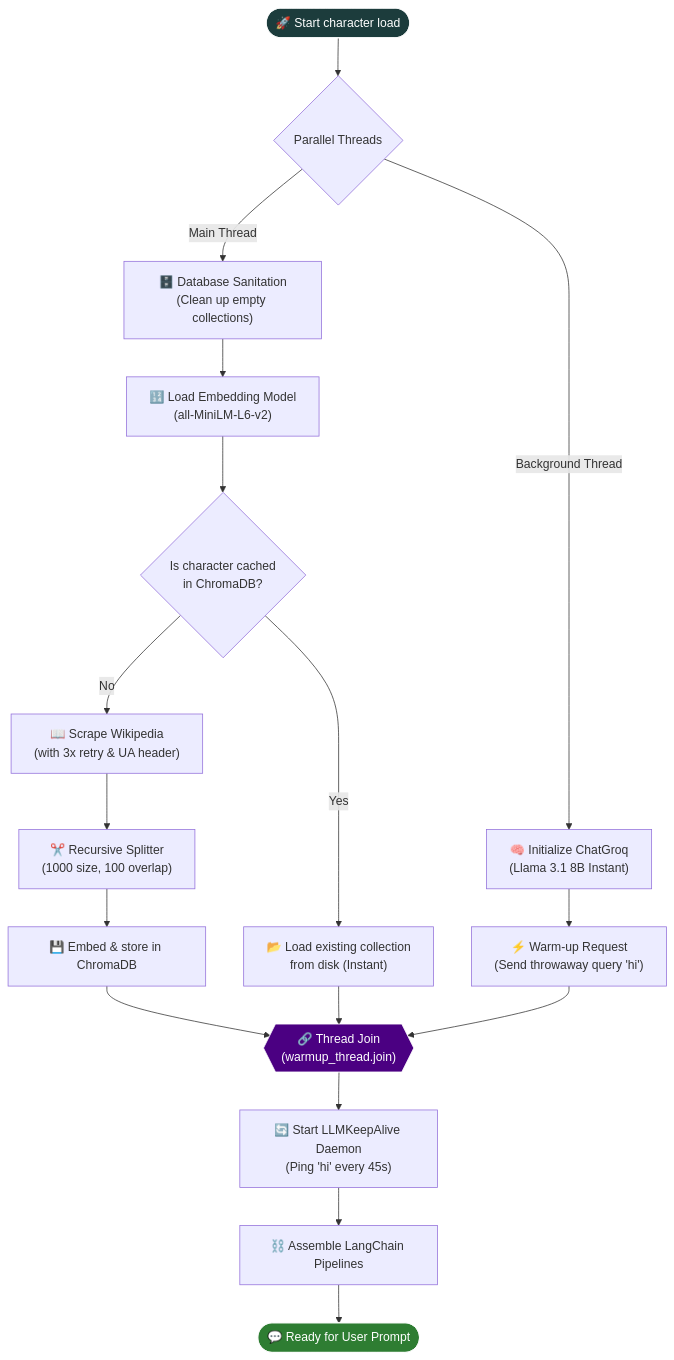
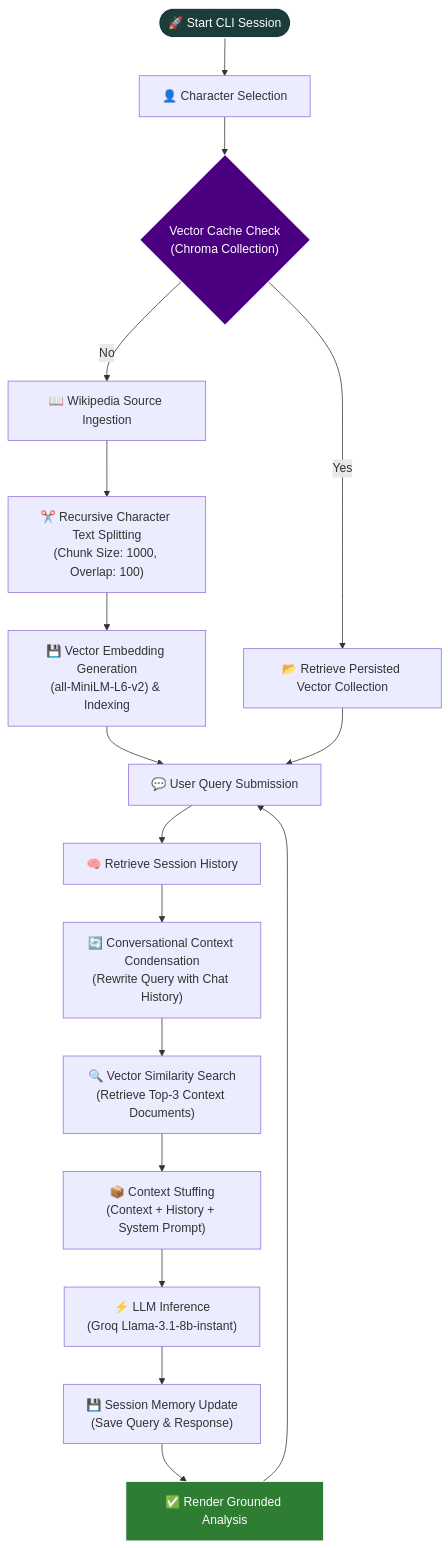
The diagram in README.md (itslokeshx/Unmasked), drawn with Mermaid before and after one commit. The commit also changed other lines of this file, not shown here.

Commit message:
docs: update system architecture and RAG workflow documentation in README.md

````diff
--- a/README.md
+++ b/README.md
@@ -128,31 +128,29 @@
 ```mermaid
 flowchart TD
-    Start(["🚀 Start character load"]) --> SplitPath{"Parallel Threads"}
+    Start(["🚀 Start CLI Session"]) --> CharInput["👤 Character Selection"]
+    CharInput --> CacheCheck{"Vector Cache Check\n(Chroma Collection)"}
     
-    %% Main Thread Path
-    SplitPath -->|Main Thread| DBInit["🗄️ Database Sanitation\n(Clean up empty collections)"]
-    DBInit --> EmbedLoad["🔢 Load Embedding Model\n(all-MiniLM-L6-v2)"]
-    EmbedLoad --> CacheCheck{"Is character cached\nin ChromaDB?"}
+    %% Ingestion Branch
+    CacheCheck -->|No| WikiFetch["📖 Wikipedia Source Ingestion"]
+    WikiFetch --> Chunk["✂️ Recursive Character Text Splitting\n(Chunk Size: 1000, Overlap: 100)"]
+    Chunk --> EmbedDB["💾 Vector Embedding Generation\n(all-MiniLM-L6-v2) & Indexing"]
+    EmbedDB --> UserPrompt
     
-    CacheCheck -->|No| WikiFetch["📖 Scrape Wikipedia\n(with 3x retry & UA header)"]
-    WikiFetch --> Chunk["✂️ Recursive Splitter\n(1000 size, 100 overlap)"]
-    Chunk --> EmbedDB["💾 Embed & store in ChromaDB"]
-    EmbedDB --> JoinPoint
+    %% Cached Branch
+    CacheCheck -->|Yes| LoadDB["📂 Retrieve Persisted Vector Collection"]
+    LoadDB --> UserPrompt
     
-    CacheCheck -->|Yes| LoadDB["📂 Load existing collection\nfrom disk (Instant)"]
-    LoadDB --> JoinPoint
-
-    %% Background Warmup Path
-    SplitPath -->|Background Thread| LLMInit["🧠 Initialize ChatGroq\n(Llama 3.1 8B Instant)"]
-    LLMInit --> WarmupLLM["⚡ Warm-up Request\n(Send throwaway query 'hi')"]
-    WarmupLLM --> JoinPoint
-
-    %% Synchronize & Keepalive
-    JoinPoint{{"🔗 Thread Join\n(warmup_thread.join)"}} --> KeepAlive["🔄 Start LLMKeepAlive Daemon\n(Ping 'hi' every 45s)"]
-    KeepAlive --> BuildChains["⛓️ Assemble LangChain Pipelines"]
-    BuildChains --> Ready(["💬 Ready for User Prompt"])
+    %% Query/Chat Loop
+    UserPrompt["💬 User Query Submission"] --> HistoryLoad["🧠 Retrieve Session History"]
+    HistoryLoad --> HAR["🔄 Conversational Context Condensation\n(Rewrite Query with Chat History)"]
+    HAR --> Search["🔍 Vector Similarity Search\n(Retrieve Top-3 Context Documents)"]
+    Search --> StuffChain["📦 Context Stuffing\n(Context + History + System Prompt)"]
+    StuffChain --> Gen["⚡ LLM Inference\n(Groq Llama-3.1-8b-instant)"]
+    Gen --> SaveHistory["💾 Session Memory Update\n(Save Query & Response)"]
+    SaveHistory --> Output["✅ Render Grounded Analysis"]
+    Output --> UserPrompt
 
     style Start fill:#1C3C3C,stroke:#fff,color:#fff
-    style JoinPoint fill:#4B0082,stroke:#fff,color:#fff
-    style Ready fill:#2E7D32,stroke:#fff,color:#fff
+    style CacheCheck fill:#4B0082,stroke:#fff,color:#fff
+    style Output fill:#2E7D32,stroke:#fff,color:#fff
 ```
````
